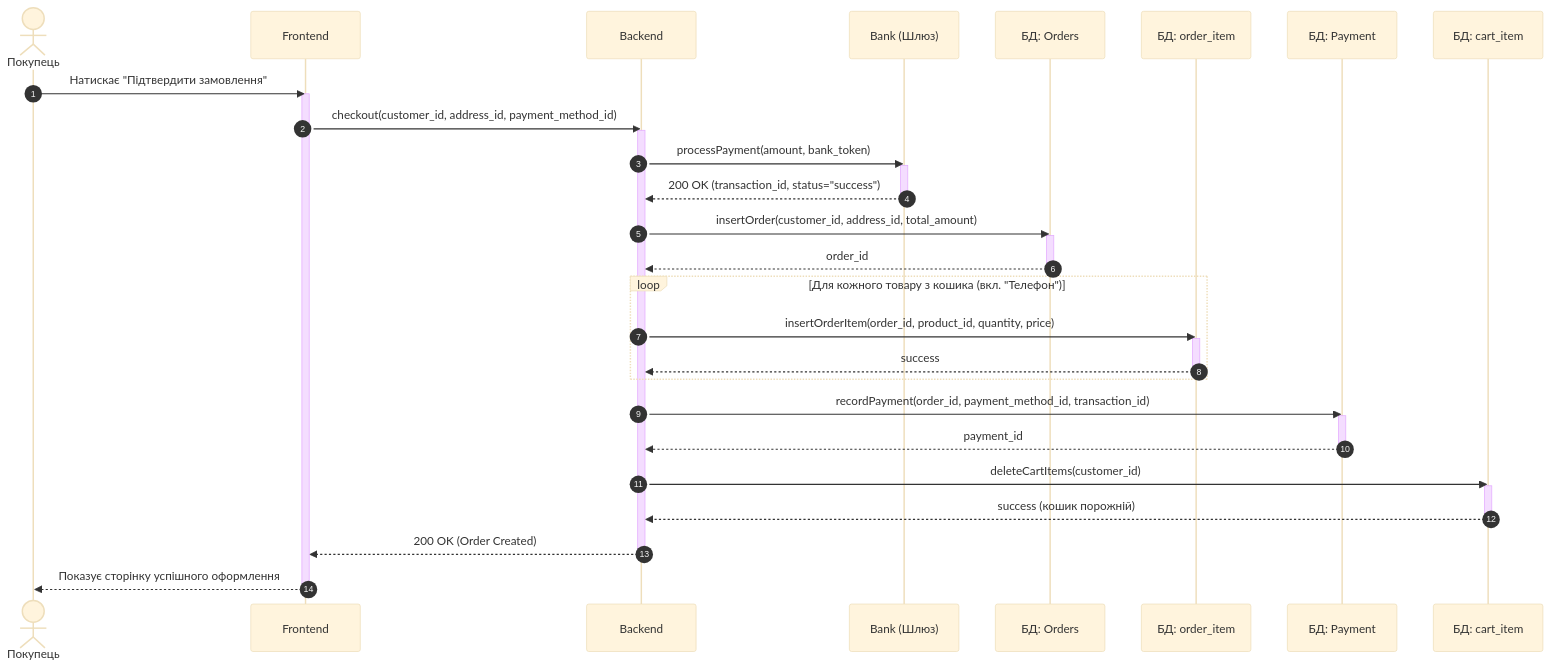
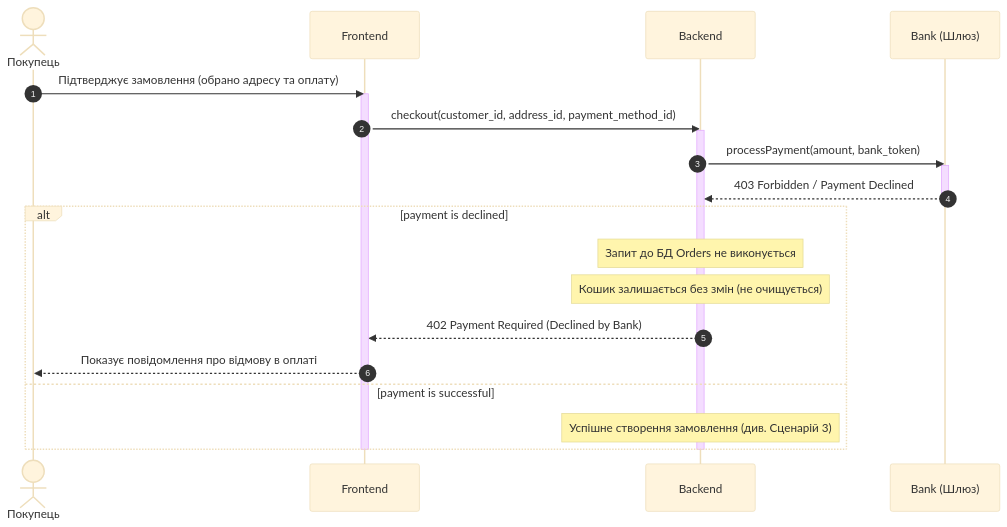
The diagram in docs/sequence_diagram_КП4.mmd (Haina-me/mavpz), drawn with Mermaid (base theme) before and after one commit.

Commit message:
chore: update sequence_diagram_КП4 content after copy

```diff
--- a/docs/sequence_diagram_КП4.mmd
+++ b/docs/sequence_diagram_КП4.mmd
@@ -1,50 +1,29 @@
-
 sequenceDiagram
     autonumber
     actor User as Покупець
     participant Frontend
     participant Backend
     participant Bank as Bank (Шлюз)
-    participant Orders as БД: Orders
-    participant OrderItem as БД: order_item
-    participant Payment as БД: Payment
-    participant Cart as БД: cart_item
 
-    User ->> Frontend: Натискає "Підтвердити замовлення"
+    User ->> Frontend: Підтверджує замовлення (обрано адресу та оплату)
     activate Frontend
     
     Frontend ->> Backend: checkout(customer_id, address_id, payment_method_id)
     activate Backend
     
     Backend ->> Bank: processPayment(amount, bank_token)
     activate Bank
-    Bank -->> Backend: 200 OK (transaction_id, status="success")
+    Bank -->> Backend: 403 Forbidden / Payment Declined
     deactivate Bank
     
-    Backend ->> Orders: insertOrder(customer_id, address_id, total_amount)
-    activate Orders
-    Orders -->> Backend: order_id
-    deactivate Orders
-    
-    loop Для кожного товару з кошика (вкл. "Телефон")
-        Backend ->> OrderItem: insertOrderItem(order_id, product_id, quantity, price)
-        activate OrderItem
-        OrderItem -->> Backend: success
-        deactivate OrderItem
+    alt payment is declined
+        Note over Backend: Запит до БД Orders не виконується
+        Note over Backend: Кошик залишається без змін (не очищується)
+        Backend -->> Frontend: 402 Payment Required (Declined by Bank)
+        Frontend -->> User: Показує повідомлення про відмову в оплаті
+    else payment is successful
+        Note over Backend: Успішне створення замовлення (див. Сценарій 3)
     end
     
-    Backend ->> Payment: recordPayment(order_id, payment_method_id, transaction_id)
-    activate Payment
-    Payment -->> Backend: payment_id
-    deactivate Payment
-    
-    Backend ->> Cart: deleteCartItems(customer_id)
-    activate Cart
-    Cart -->> Backend: success (кошик порожній)
-    deactivate Cart
-    
-    Backend -->> Frontend: 200 OK (Order Created)
     deactivate Backend
-    
-    Frontend -->> User: Показує сторінку успішного оформлення
     deactivate Frontend
```
